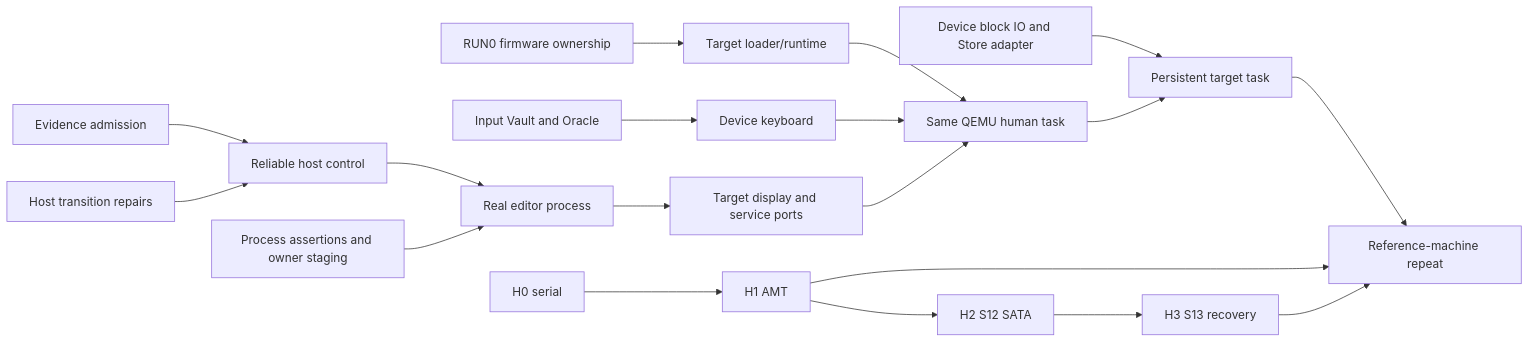
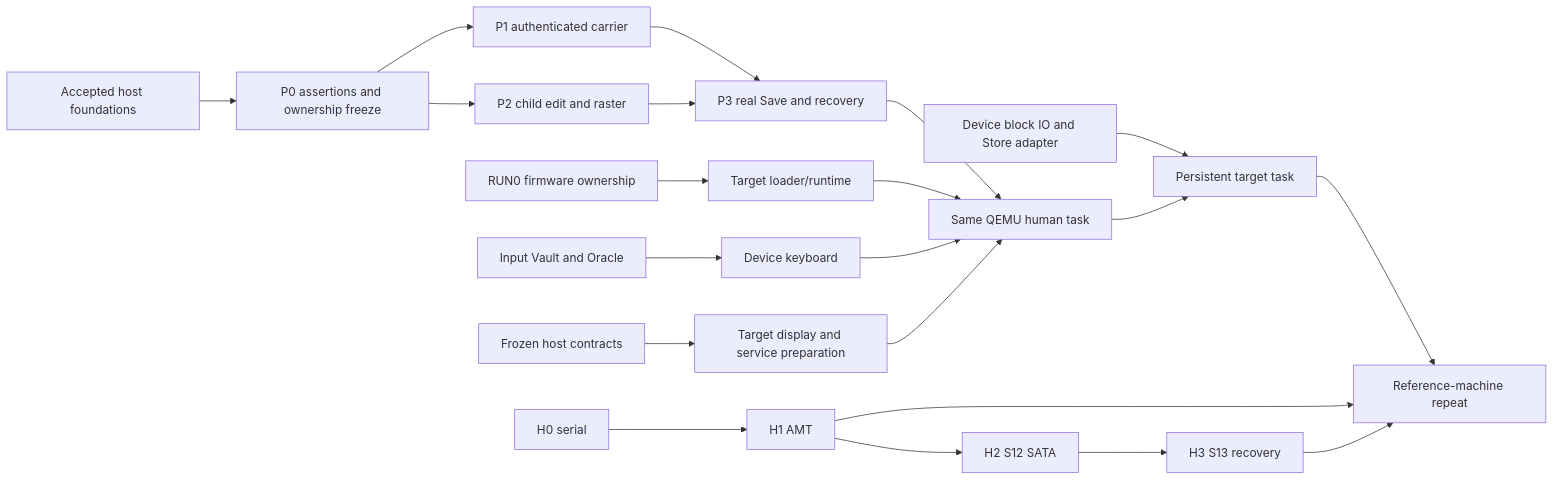
Before and after one commit to whole-machine-works/RamenOS: the diagram in ROADMAP.md, drawn with Mermaid. The commit also changed other lines of this file and 15 other files, not shown here.

````diff
--- a/ROADMAP.md
+++ b/ROADMAP.md
@@ -65,21 +65,23 @@
 ```mermaid
 flowchart LR
-    E[Evidence admission] --> H[Reliable host control]
-    F[Host transition repairs] --> H
-    H --> P[Real editor process]
-    C[Process assertions and owner staging] --> P
+    H[Accepted host foundations] --> C[P0 assertions and ownership freeze]
+    C --> P1[P1 authenticated carrier]
+    C --> P2[P2 child edit and raster]
+    P1 --> P3[P3 real Save and recovery]
+    P2 --> P3
     R[RUN0 firmware ownership] --> L[Target loader/runtime]
     I[Input Vault and Oracle] --> K[Device keyboard]
-    P --> D[Target display and service ports]
-    L --> Q[Same QEMU human task]
+    HC[Frozen host contracts] --> D[Target display and service preparation]
+    P3 --> Q[Same QEMU human task]
+    L --> Q
     K --> Q
     D --> Q
     S[Device block IO and Store adapter] --> T[Persistent target task]
     Q --> T
     T --> M[Reference-machine repeat]
     H0[H0 serial] --> H1[H1 AMT]
     H1 --> H2[H2 S12 SATA]
     H2 --> H3[H3 S13 recovery]
     H1 --> M
     H3 --> M
 ```
````
